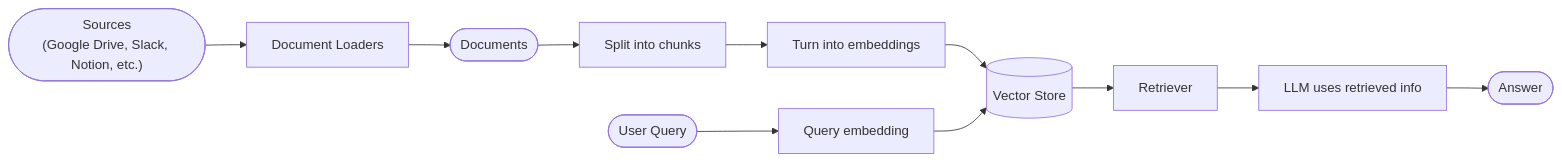
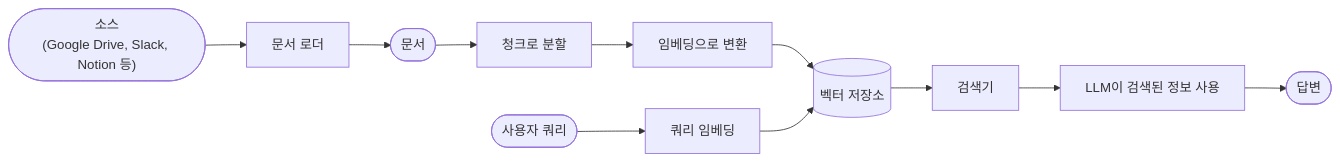
The first of 4 diagrams in src-ko/oss/langchain/retrieval.mdx (jeongsk/langchain-docs), drawn with Mermaid before and after one commit. The commit also changed other lines of this file and 20 other files, not shown here.

````diff
--- a/src-ko/oss/langchain/retrieval.mdx
+++ b/src-ko/oss/langchain/retrieval.mdx
@@ -51,13 +57,13 @@
 ```mermaid
 flowchart LR
-  S(["Sources<br>(Google Drive, Slack, Notion, etc.)"]) --> L[Document Loaders]
-  L --> A([Documents])
-  A --> B[Split into chunks]
-  B --> C[Turn into embeddings]
-  C --> D[(Vector Store)]
-  Q([User Query]) --> E[Query embedding]
+  S(["소스<br>(Google Drive, Slack, Notion 등)"]) --> L[문서 로더]
+  L --> A([문서])
+  A --> B[청크로 분할]
+  B --> C[임베딩으로 변환]
+  C --> D[(벡터 저장소)]
+  Q([사용자 쿼리]) --> E[쿼리 임베딩]
   E --> D
-  D --> F[Retriever]
-  F --> G[LLM uses retrieved info]
-  G --> H([Answer])
+  D --> F[검색기]
+  F --> G[LLM이 검색된 정보 사용]
+  G --> H([답변])
 ```
````
